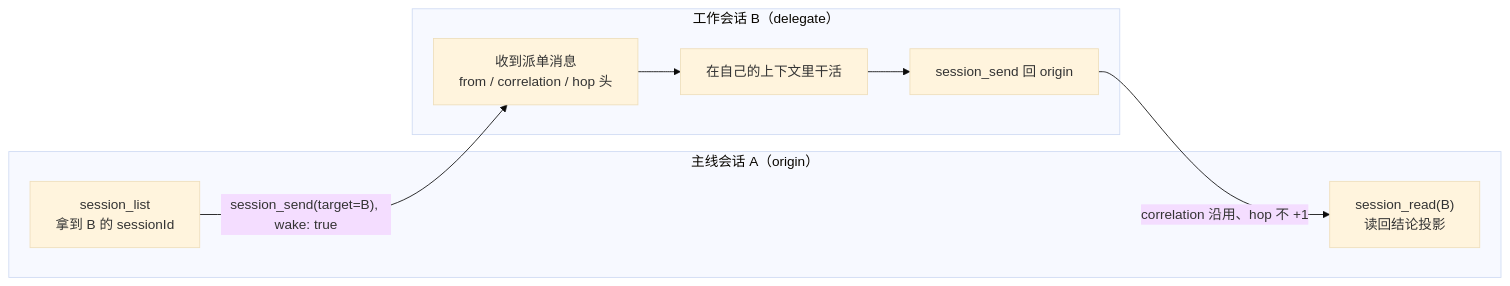
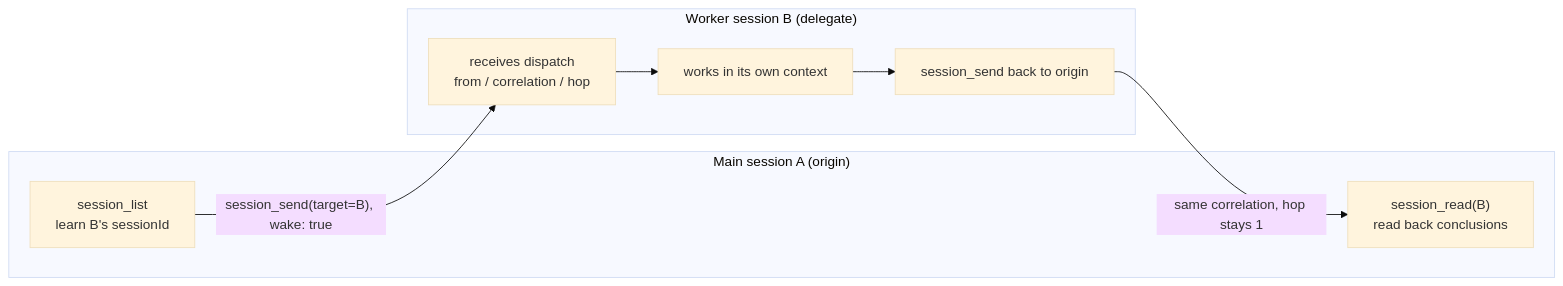
The diagram in README.md (yfy20060613-source/dsh-collab-conversations), drawn with Mermaid (base theme) before and after one commit. The commit also changed other lines of this file and 1 other file, not shown here.

````diff
--- a/README.md
+++ b/README.md
@@ -17,15 +19,15 @@
 ```mermaid
 flowchart LR
-  subgraph A["主线会话 A（origin）"]
-    A1["session_list<br/>拿到 B 的 sessionId"]
-    A4["session_read(B)<br/>读回结论投影"]
+  subgraph A["Main session A (origin)"]
+    A1["session_list<br/>learn B's sessionId"]
+    A4["session_read(B)<br/>read back conclusions"]
   end
-  subgraph B["工作会话 B（delegate）"]
-    B1["收到派单消息<br/>from / correlation / hop 头"]
-    B2["在自己的上下文里干活"]
-    B3["session_send 回 origin"]
+  subgraph B["Worker session B (delegate)"]
+    B1["receives dispatch<br/>from / correlation / hop"]
+    B2["works in its own context"]
+    B3["session_send back to origin"]
   end
   A1 -->|"session_send(target=B), wake: true"| B1
   B1 --> B2 --> B3
-  B3 -->|"correlation 沿用、hop 不 +1"| A4
+  B3 -->|"same correlation, hop stays 1"| A4
 ```
````
